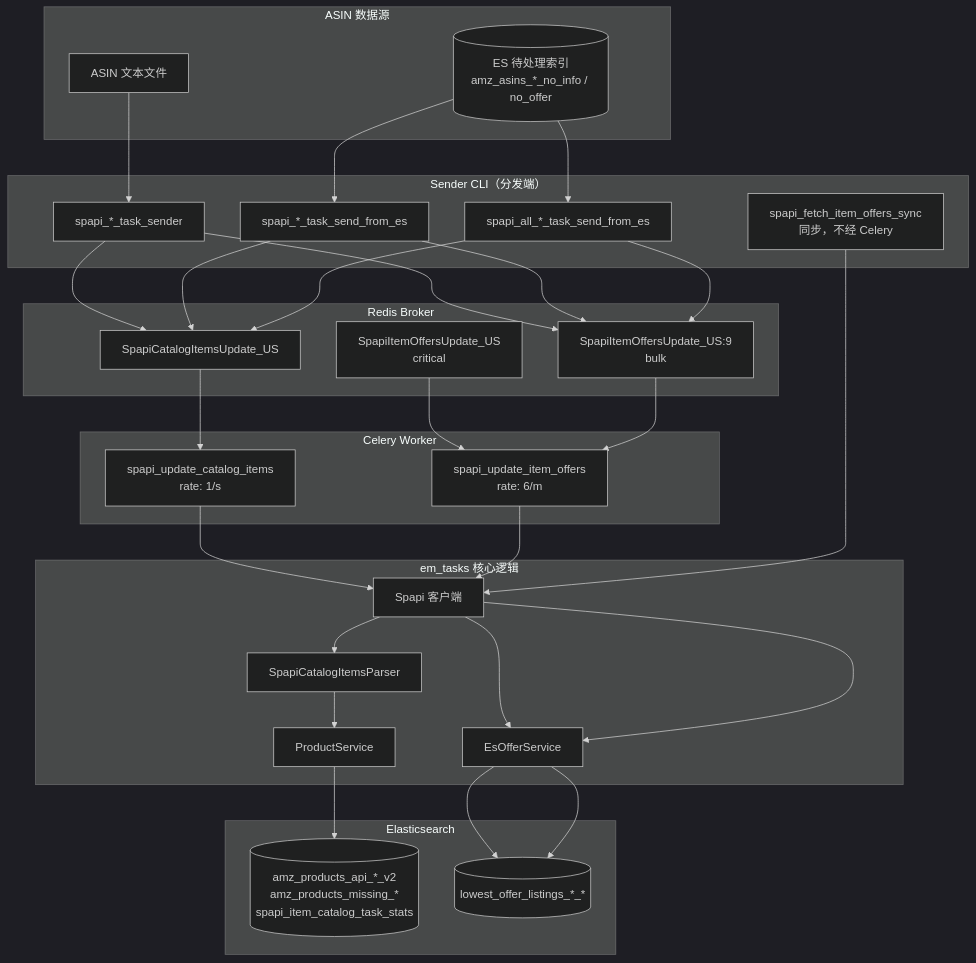
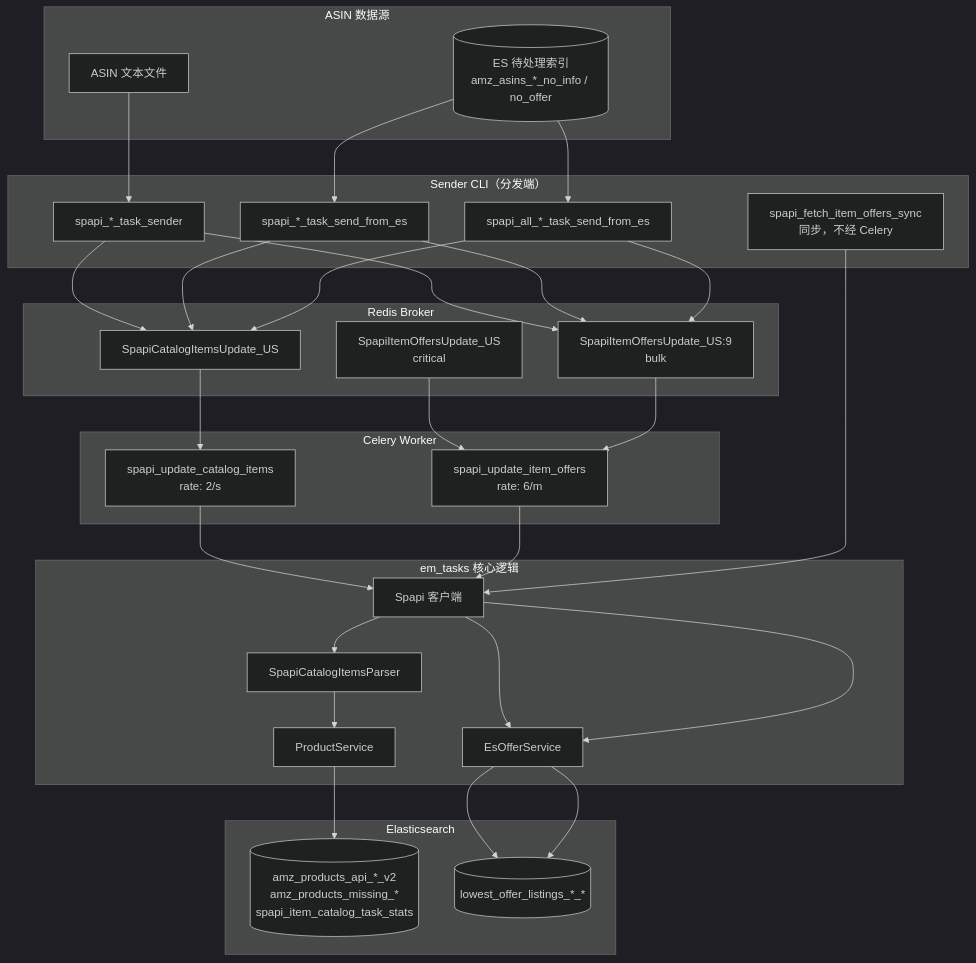
One commit to AriseshineSky/em-spapi-celery changed the first of 9 diagrams in docs/TECHNICAL.md. Above: the diagram before and after it, drawn with Mermaid (dark theme). The commit also changed other lines of this file and 3 other files, not shown here.

First line of the commit message:
Align catalog task rate_limit with SP-API 2 req/s default.

````diff
--- a/docs/TECHNICAL.md
+++ b/docs/TECHNICAL.md
@@ -43,49 +43,49 @@
 ```mermaid
 flowchart TB
     subgraph Sources["ASIN 数据源"]
         F[ASIN 文本文件]
         ES_IN[(ES 待处理索引<br/>amz_asins_*_no_info / no_offer)]
     end
 
     subgraph Senders["Sender CLI（分发端）"]
         S_FILE[spapi_*_task_sender]
         S_ES[spapi_*_task_send_from_es]
         S_ALL[spapi_all_*_task_send_from_es]
         S_SYNC[spapi_fetch_item_offers_sync<br/>同步，不经 Celery]
     end
 
     subgraph Broker["Redis Broker"]
         Q_CAT[SpapiCatalogItemsUpdate_US]
         Q_OFF0[SpapiItemOffersUpdate_US<br/>critical]
         Q_OFF9[SpapiItemOffersUpdate_US:9<br/>bulk]
     end
 
     subgraph Worker["Celery Worker"]
-        T_CAT[spapi_update_catalog_items<br/>rate: 1/s]
+        T_CAT[spapi_update_catalog_items<br/>rate: 2/s]
         T_OFF[spapi_update_item_offers<br/>rate: 6/m]
     end
 
     subgraph Core["em_tasks 核心逻辑"]
         SPAPI[Spapi 客户端]
         PARSER[SpapiCatalogItemsParser]
         PS[ProductService]
         OS[EsOfferService]
     end
 
     subgraph Storage["Elasticsearch"]
         ES_CAT[(amz_products_api_*_v2<br/>amz_products_missing_*<br/>spapi_item_catalog_task_stats)]
         ES_OFF[(lowest_offer_listings_*_*)]
     end
 
     F --> S_FILE
     ES_IN --> S_ES
     ES_IN --> S_ALL
     S_FILE --> Q_CAT & Q_OFF9
     S_ES --> Q_CAT & Q_OFF9
     S_ALL --> Q_CAT & Q_OFF9
     Q_CAT --> T_CAT
     Q_OFF0 & Q_OFF9 --> T_OFF
     T_CAT --> SPAPI --> PARSER --> PS --> ES_CAT
     T_OFF --> SPAPI --> OS --> ES_OFF
     S_SYNC --> SPAPI --> OS --> ES_OFF
 ```
````
